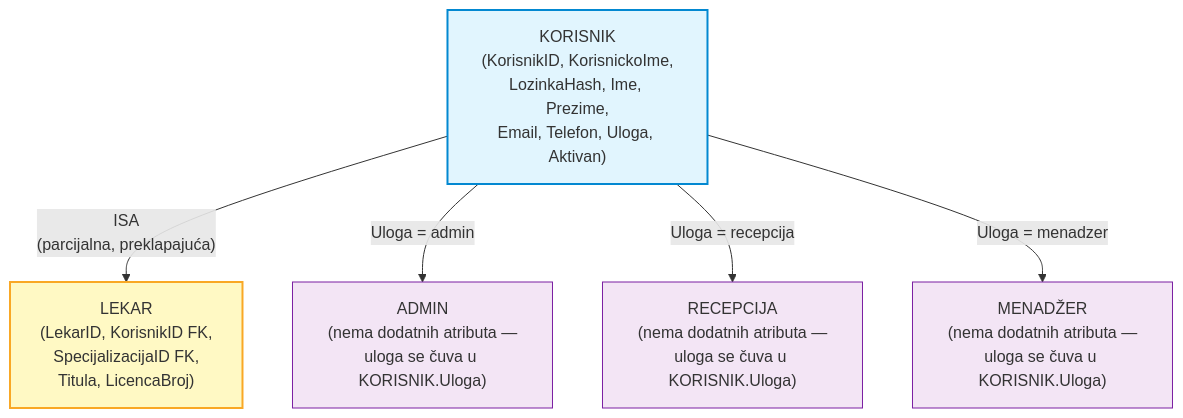
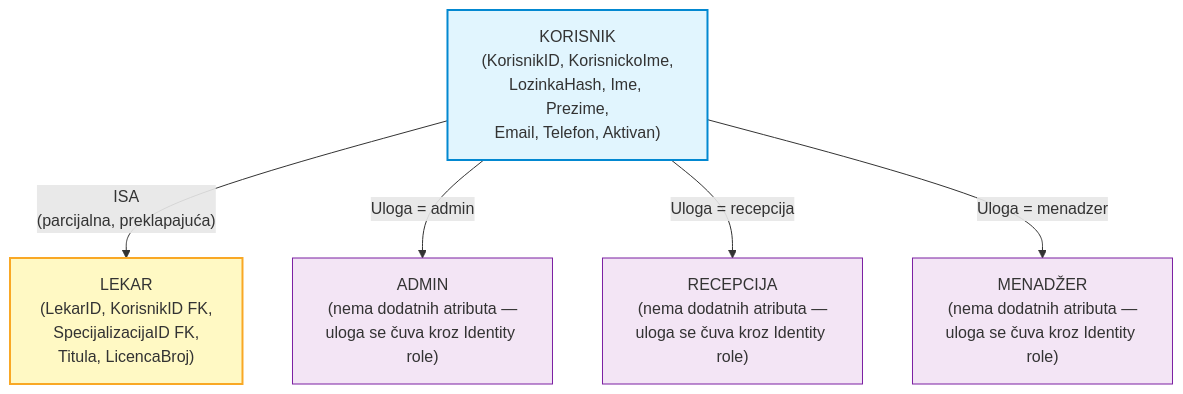
One commit to W1nt3rR/informacioni-sistem-privatne-klinike changed diagram 31 of 34 in docs/sistem-analiza.md. Above: the diagram before and after it, drawn with Mermaid. The commit also changed other lines of this file and 25 other files, not shown here.

````diff
--- a/docs/sistem-analiza.md
+++ b/docs/sistem-analiza.md
@@ -1559,20 +1545,20 @@
 ```mermaid
 graph TD
-    K["KORISNIK<br/>(KorisnikID, KorisnickoIme,<br/>LozinkaHash, Ime, Prezime,<br/>Email, Telefon, Uloga, Aktivan)"]
+    K["KORISNIK<br/>(KorisnikID, KorisnickoIme,<br/>LozinkaHash, Ime, Prezime,<br/>Email, Telefon, Aktivan)"]
 
     K -->|"ISA<br/>(parcijalna, preklapajuća)"| L
     K -->|"Uloga = admin"| A
     K -->|"Uloga = recepcija"| R
     K -->|"Uloga = menadzer"| M
 
     L["LEKAR<br/>(LekarID, KorisnikID FK,<br/>SpecijalizacijaID FK,<br/>Titula, LicencaBroj)"]
-    A["ADMIN<br/>(nema dodatnih atributa —<br/>uloga se čuva u KORISNIK.Uloga)"]
-    R["RECEPCIJA<br/>(nema dodatnih atributa —<br/>uloga se čuva u KORISNIK.Uloga)"]
-    M["MENADŽER<br/>(nema dodatnih atributa —<br/>uloga se čuva u KORISNIK.Uloga)"]
+    A["ADMIN<br/>(nema dodatnih atributa —<br/>uloga se čuva kroz Identity role)"]
+    R["RECEPCIJA<br/>(nema dodatnih atributa —<br/>uloga se čuva kroz Identity role)"]
+    M["MENADŽER<br/>(nema dodatnih atributa —<br/>uloga se čuva kroz Identity role)"]
 
     style K fill:#e1f5fe,stroke:#0288d1,stroke-width:2px
     style L fill:#fff9c4,stroke:#f9a825,stroke-width:2px
     style A fill:#f3e5f5,stroke:#7b1fa2
     style R fill:#f3e5f5,stroke:#7b1fa2
     style M fill:#f3e5f5,stroke:#7b1fa2
 ```
````
